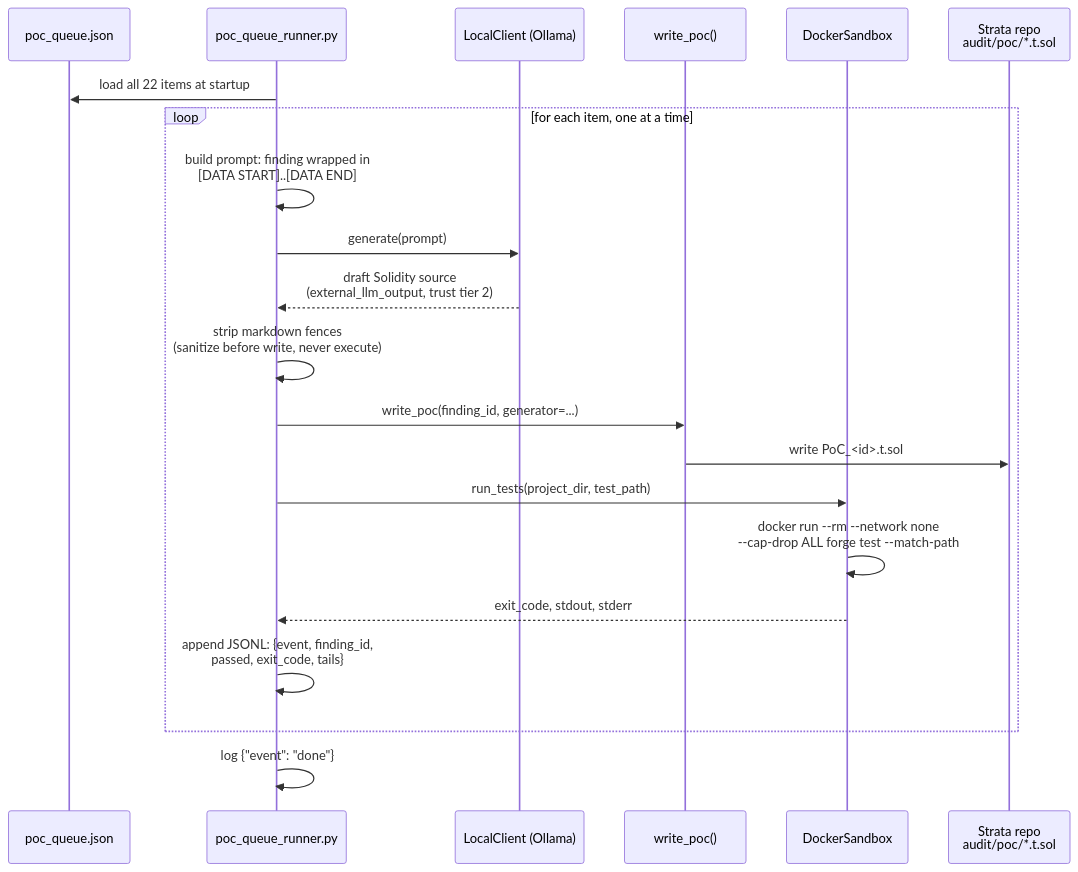
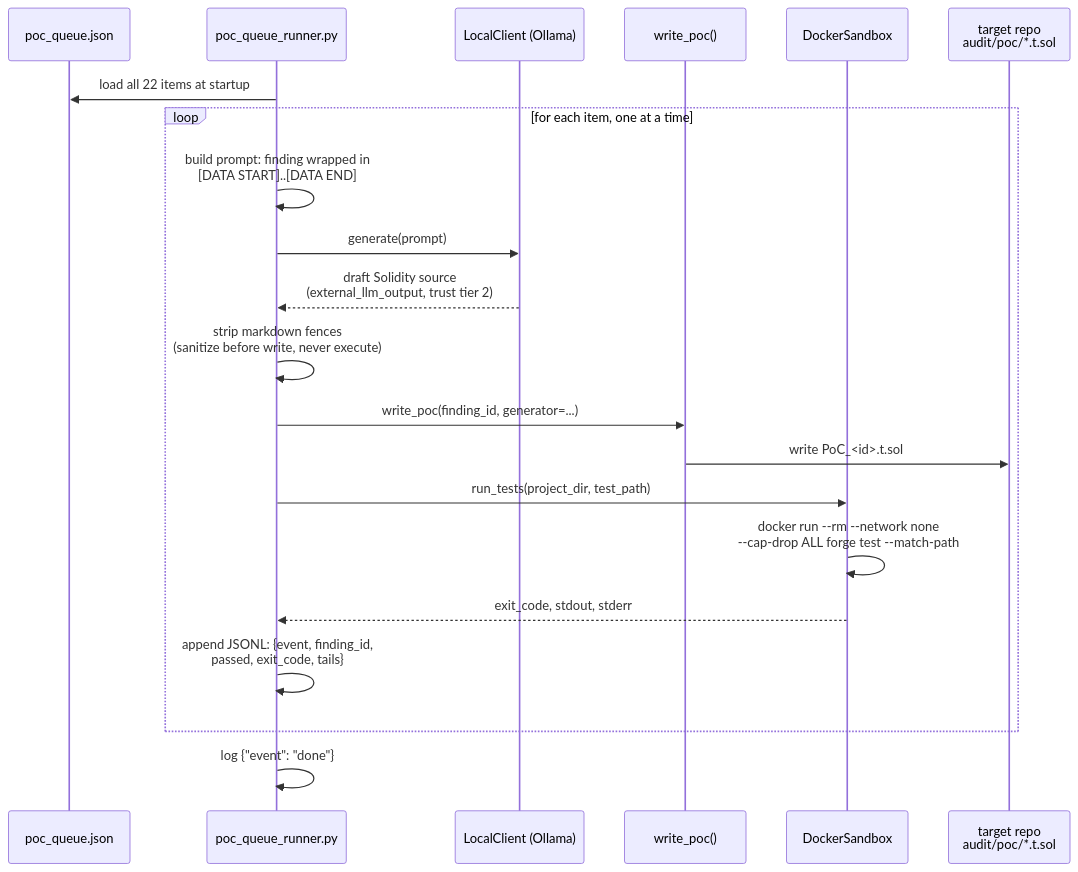
The diagram in docs/diagrams/poc-writing-flow.md (RamilRamil/sr-agent), drawn with Mermaid before and after one commit. The commit also changed other lines of this file and 3 other files, not shown here.

First line of the commit message:
chore(sanitize): genericize target protocol name ("Strata") missed by case-sensitive grep

````diff
--- a/docs/diagrams/poc-writing-flow.md
+++ b/docs/diagrams/poc-writing-flow.md
@@ -5,24 +5,24 @@
 ```mermaid
 sequenceDiagram
     participant Q as poc_queue.json
     participant R as poc_queue_runner.py
     participant L as LocalClient (Ollama)
     participant W as write_poc()
     participant D as DockerSandbox
-    participant F as Strata repo<br/>audit/poc/*.t.sol
+    participant F as target repo<br/>audit/poc/*.t.sol
 
     R->>Q: load all 22 items at startup
     loop for each item, one at a time
         R->>R: build prompt: finding wrapped in<br/>[DATA START]..[DATA END]
         R->>L: generate(prompt)
         L-->>R: draft Solidity source<br/>(external_llm_output, trust tier 2)
         R->>R: strip markdown fences<br/>(sanitize before write, never execute)
         R->>W: write_poc(finding_id, generator=...)
         W->>F: write PoC_<id>.t.sol
         R->>D: run_tests(project_dir, test_path)
         D->>D: docker run --rm --network none<br/>--cap-drop ALL forge test --match-path
         D-->>R: exit_code, stdout, stderr
         R->>R: append JSONL: {event, finding_id,<br/>passed, exit_code, tails}
     end
     R->>R: log {"event": "done"}
 ```
````
